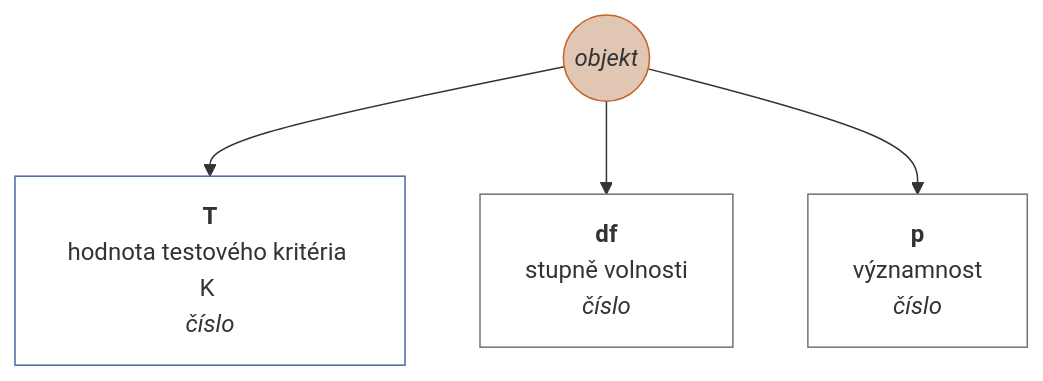
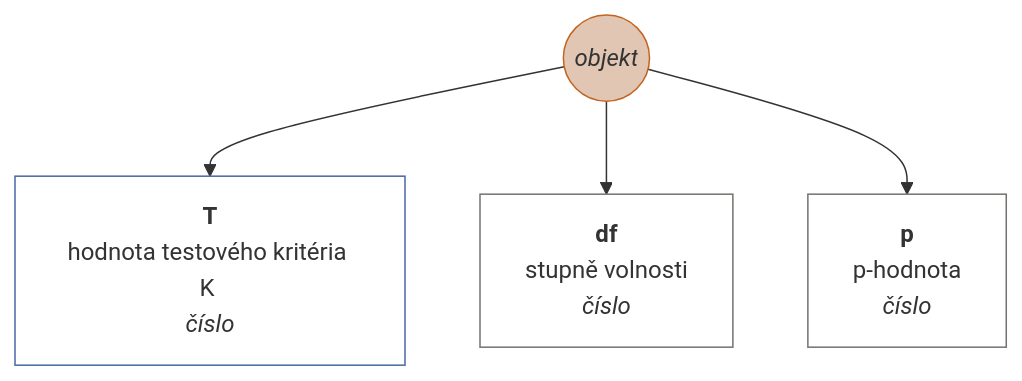
One commit to muzikp/retusa changed diagram 24 of 38 in docs/cs-CZ.md. Above: the diagram before and after it, drawn with Mermaid. The commit also changed other lines of this file and 8 other files, not shown here.

````diff
--- a/docs/cs-CZ.md
+++ b/docs/cs-CZ.md
@@ -788,16 +788,16 @@
 ```mermaid
 graph TD
 kstest((<i>objekt</i>))
 style kstest fill:#E1C6B3;
 style kstest stroke:#C36422;
 kstest --> T[<b>T</b><br>hodnota testového kritéria K <br><i>číslo</i>]
 style T fill:#FFFFFF;
 style T stroke:#4967A4;
 kstest --> df[<b>df</b><br>stupně volnosti <br><i>číslo</i>]
 style df fill:#FFFFFF;
 style df stroke:#75716F;
-kstest --> p[<b>p</b><br>významnost <br><i>číslo</i>]
+kstest --> p[<b>p</b><br>p-hodnota <br><i>číslo</i>]
 style p fill:#FFFFFF;
 style p stroke:#75716F;
 
 ```
````
